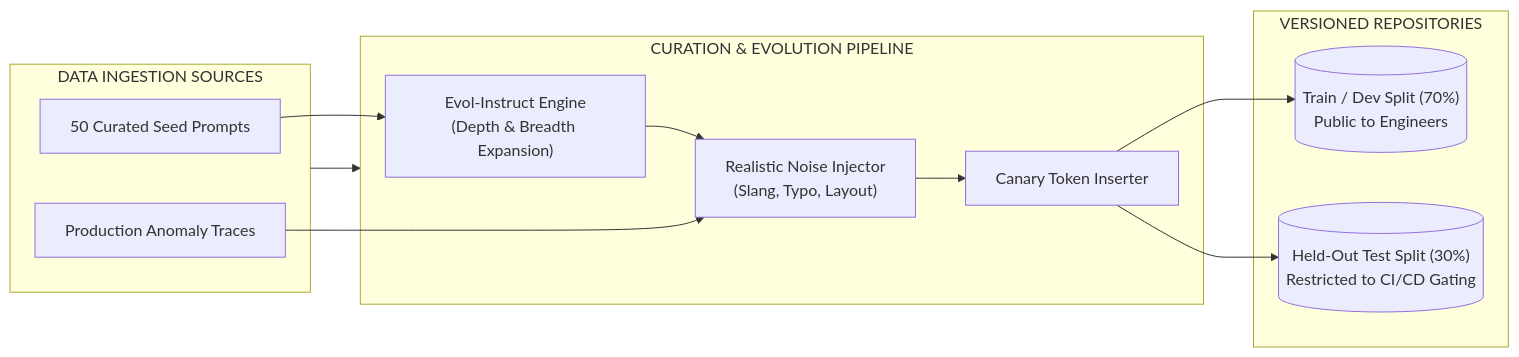
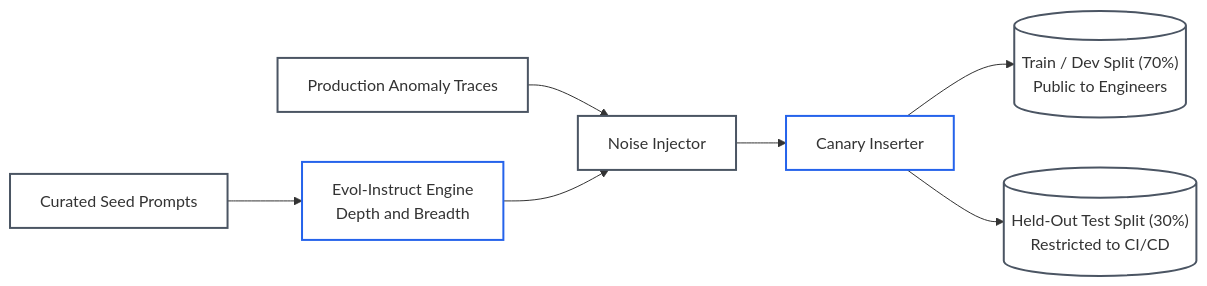
Before and after one commit to dip4k/senior-engineer-to-ai-engineer-roadmap: the third of 3 diagrams in 06-evals-and-observability/04-evaluation-datasets-and-synthetic-data-curation.md, drawn with Mermaid. The commit also changed other lines of this file and 10 other files, not shown here.

````diff
--- a/06-evals-and-observability/04-evaluation-datasets-and-synthetic-data-curation.md
+++ b/06-evals-and-observability/04-evaluation-datasets-and-synthetic-data-curation.md
@@ -320,23 +347,15 @@
 ```mermaid
 flowchart LR
-    subgraph Sources["DATA INGESTION SOURCES"]
-        Seed["50 Curated Seed Prompts"]
-        Prod["Production Anomaly Traces"]
-    end
+    Seed["Curated Seed Prompts"] --> Evol["Evol-Instruct Engine<br/>Depth and Breadth"]
+    Prod["Production Anomaly Traces"] --> Noise["Noise Injector"]
     
-    subgraph Engine["CURATION & EVOLUTION PIPELINE"]
-        Evol["Evol-Instruct Engine<br/>(Depth & Breadth Expansion)"]
-        Noise["Realistic Noise Injector<br/>(Slang, Typo, Layout)"]
-        Canary["Canary Token Inserter"]
-    end
+    Evol --> Noise
+    Noise --> Canary["Canary Inserter"]
     
-    subgraph Storage["VERSIONED REPOSITORIES"]
-        DevSet[("Train / Dev Split (70%)<br/>Public to Engineers")]
-        HeldOut[("Held-Out Test Split (30%)<br/>Restricted to CI/CD Gating")]
-    end
-    
-    Sources --> Engine
-    Seed --> Evol --> Noise --> Canary
-    Prod --> Noise
-    Canary --> DevSet & HeldOut
+    Canary --> DevSet[("Train / Dev Split (70%)<br/>Public to Engineers")]
+    Canary --> HeldOut[("Held-Out Test Split (30%)<br/>Restricted to CI/CD")]
+
+    classDef default stroke:#4b5563,stroke-width:2px,fill:none;
+    classDef gate stroke:#2563eb,stroke-width:2px,fill:none;
+    class Evol,Canary gate;
 ```
````
